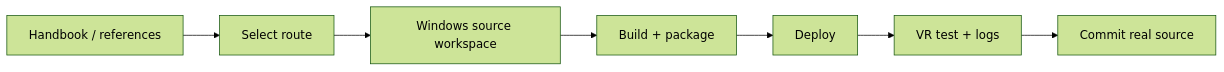
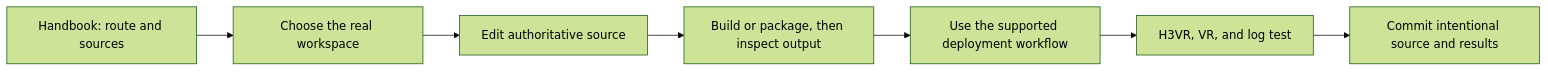
The diagram in docs/development-flow.md (haohlin/H3VR-modding-handbook), drawn with Mermaid (forest theme) before and after one commit. The commit also changed other lines of this file and 5 other files, not shown here.

````diff
--- a/docs/development-flow.md
+++ b/docs/development-flow.md
@@ -26,9 +22,9 @@
-~~~mermaid
+```mermaid
 flowchart LR
-  handbook[Handbook / references] --> select[Select route]
-  select --> win[Windows source workspace]
-  win --> package[Build + package]
-  package --> deploy[Deploy]
-  deploy --> vr[VR test + logs]
-  vr --> commit[Commit real source]
-~~~
+  handbook[Handbook: route and sources] --> scope[Choose the real workspace]
+  scope --> edit[Edit authoritative source]
+  edit --> inspect[Build or package, then inspect output]
+  inspect --> deploy[Use the supported deployment workflow]
+  deploy --> runtime[H3VR, VR, and log test]
+  runtime --> evidence[Commit intentional source and results]
+```
````
